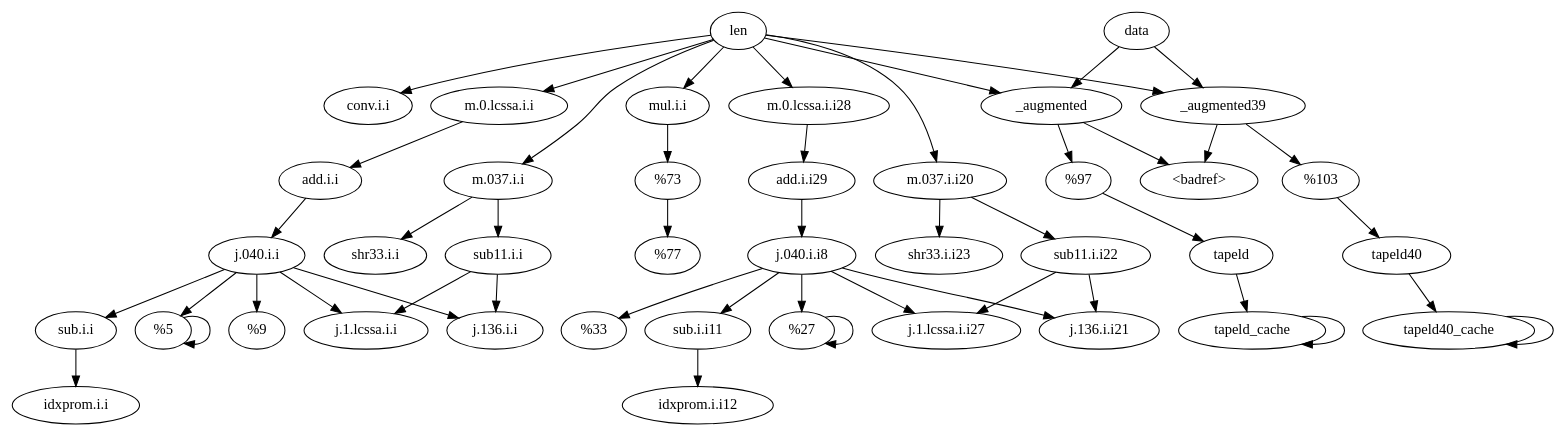
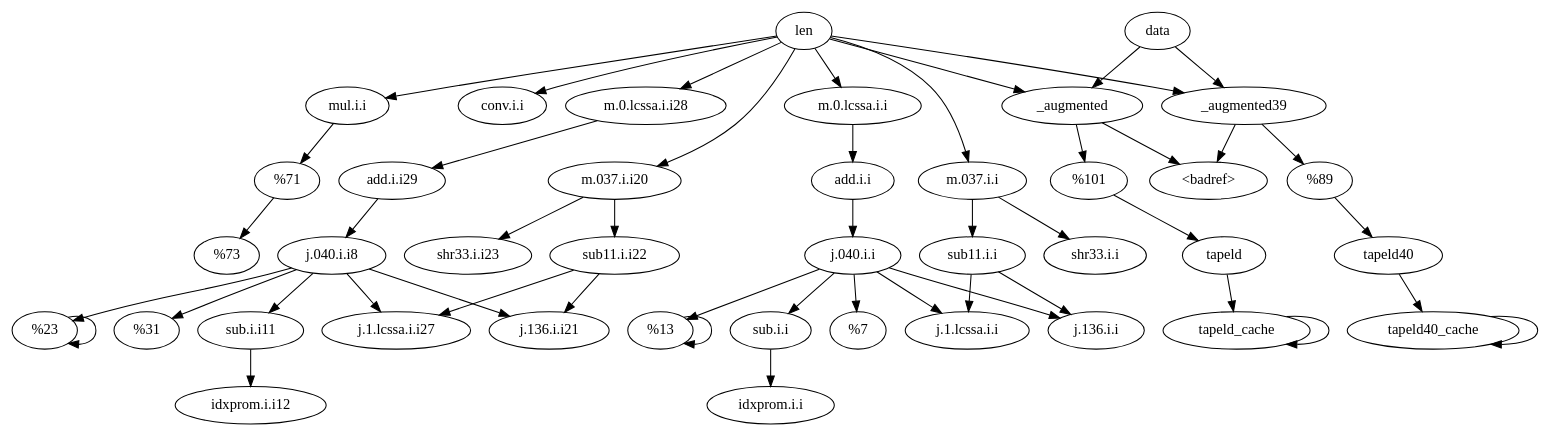
The diagram in enzyme/benchmarks/fft/forward.dot (sfu-arch/Enzyme), drawn with Graphviz before and after one commit. The commit also changed other lines of this file and 23 other files, not shown here.

```diff
--- a/enzyme/benchmarks/fft/forward.dot
+++ b/enzyme/benchmarks/fft/forward.dot
@@ -1,50 +1,50 @@
 digraph G {
 		"j.040.i.i" -> "j.136.i.i"
+		"j.040.i.i" -> "sub.i.i"
+		"j.040.i.i" -> "%9"
+		"j.040.i.i" -> "j.1.lcssa.i.i"
 		"j.040.i.i" -> "%6"
-		"j.040.i.i" -> "%9"
-		"j.040.i.i" -> "sub.i.i"
-		"j.040.i.i" -> "j.1.lcssa.i.i"
 		"m.0.lcssa.i.i" -> "add.i.i"
 		"m.037.i.i" -> "shr33.i.i"
 		"m.037.i.i" -> "sub11.i.i"
-		"j.040.i.i8" -> "j.1.lcssa.i.i27"
-		"j.040.i.i8" -> "sub.i.i11"
 		"j.040.i.i8" -> "%20"
 		"j.040.i.i8" -> "j.136.i.i21"
+		"j.040.i.i8" -> "j.1.lcssa.i.i27"
 		"j.040.i.i8" -> "%23"
+		"j.040.i.i8" -> "sub.i.i11"
 		"m.0.lcssa.i.i28" -> "add.i.i29"
+		"m.037.i.i20" -> "sub11.i.i22"
 		"m.037.i.i20" -> "shr33.i.i23"
-		"m.037.i.i20" -> "sub11.i.i22"
 		"data" -> "_augmented"
 		"data" -> "_augmented39"
+		"len" -> "m.037.i.i"
+		"len" -> "mul.i.i"
+		"len" -> "_augmented"
+		"len" -> "conv.i.i"
+		"len" -> "_augmented39"
+		"len" -> "m.0.lcssa.i.i28"
+		"len" -> "m.037.i.i20"
 		"len" -> "m.0.lcssa.i.i"
-		"len" -> "_augmented"
-		"len" -> "_augmented39"
-		"len" -> "conv.i.i"
-		"len" -> "m.0.lcssa.i.i28"
-		"len" -> "mul.i.i"
-		"len" -> "m.037.i.i20"
-		"len" -> "m.037.i.i"
-		"sub11.i.i22" -> "j.1.lcssa.i.i27"
-		"sub11.i.i22" -> "j.136.i.i21"
-		"add.i.i29" -> "j.040.i.i8"
 		"sub11.i.i" -> "j.136.i.i"
 		"sub11.i.i" -> "j.1.lcssa.i.i"
-		"mul.i.i" -> "%0"
-		"%0" -> "%27"
-		"sub.i.i" -> "idxprom.i.i"
 		"add.i.i" -> "j.040.i.i"
 		"sub.i.i11" -> "idxprom.i.i12"
+		"%0" -> "%27"
+		"mul.i.i" -> "%0"
+		"sub.i.i" -> "idxprom.i.i"
+		"sub11.i.i22" -> "j.136.i.i21"
+		"sub11.i.i22" -> "j.1.lcssa.i.i27"
+		"add.i.i29" -> "j.040.i.i8"
 		"%6" -> "%6"
+		"%14" -> "tapeld40"
 		"tapeld40" -> "tapeld40_cache"
 		"tapeld40_cache" -> "tapeld40_cache"
 		"tapeld_cache" -> "tapeld_cache"
 		"tapeld" -> "tapeld_cache"
 		"_augmented" -> "%13"
 		"_augmented" -> "<badref>"
+		"%13" -> "tapeld"
 		"_augmented39" -> "%14"
 		"_augmented39" -> "<badref>"
-		"%13" -> "tapeld"
-		"%14" -> "tapeld40"
 		"%20" -> "%20"
 }
```
